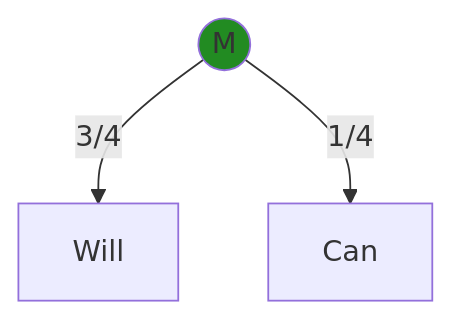
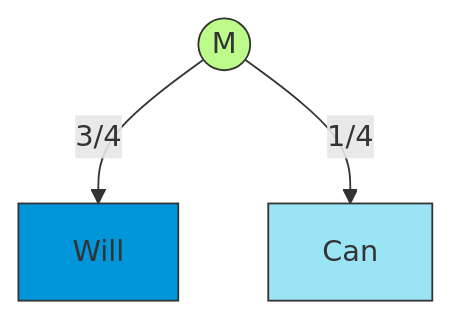
The third of 7 diagrams in C_5.md (Chaklader/part-of-speech-tagging), drawn with Mermaid before and after one commit. The commit also changed other lines of this file, not shown here.

````diff
--- a/C_5.md
+++ b/C_5.md
@@ -161,7 +164,9 @@
 ```mermaid
 graph TD
     M((M)) --> |3/4| Will
     M --> |1/4| Can
 
-style M fill:#228B22
+    style M fill:#BCFB89,stroke:#333,stroke-width:1px
+    style Can fill:#9AE4F5,stroke:#333,stroke-width:1px
+    style Will fill:#0096D9,stroke:#333,stroke-width:1px
 ```
````
